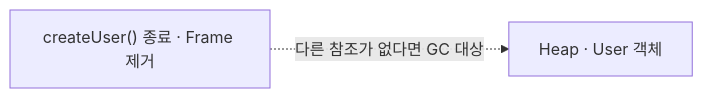
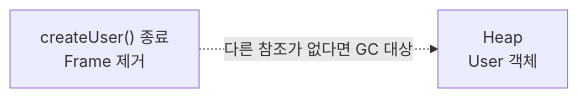
Before and after one commit to SangCheonP/Tech-Interview: the sixth of 7 diagrams in Language/Java/JVM/03. Stack과 Heap.md, drawn with Mermaid. The commit also changed other lines of this file, not shown here.

Commit message:
docs: center multiline JVM diagram labels

````diff
--- a/Language/Java/JVM/03. Stack과 Heap.md
+++ b/Language/Java/JVM/03. Stack과 Heap.md
@@ -228,6 +228,6 @@
 ```mermaid
 flowchart LR
-    ended["createUser() 종료 · Frame 제거"]
-    object["Heap · User 객체"]
+    ended["createUser() 종료<br/>Frame 제거"]
+    object["Heap<br/>User 객체"]
     ended -. "다른 참조가 없다면 GC 대상" .-> object
 ```
````
